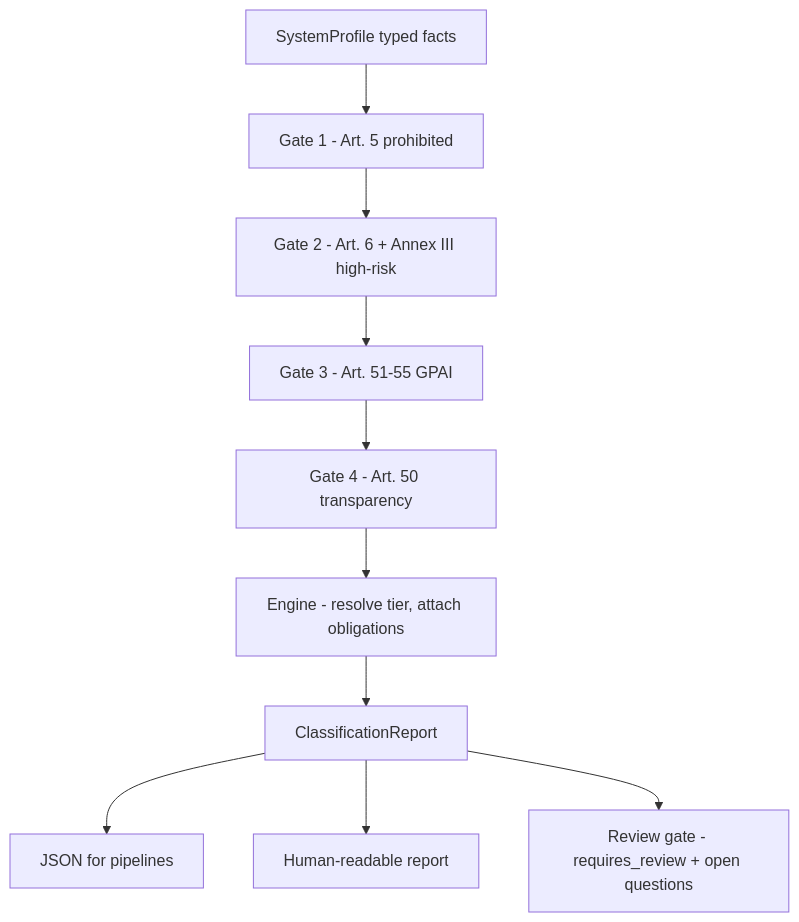
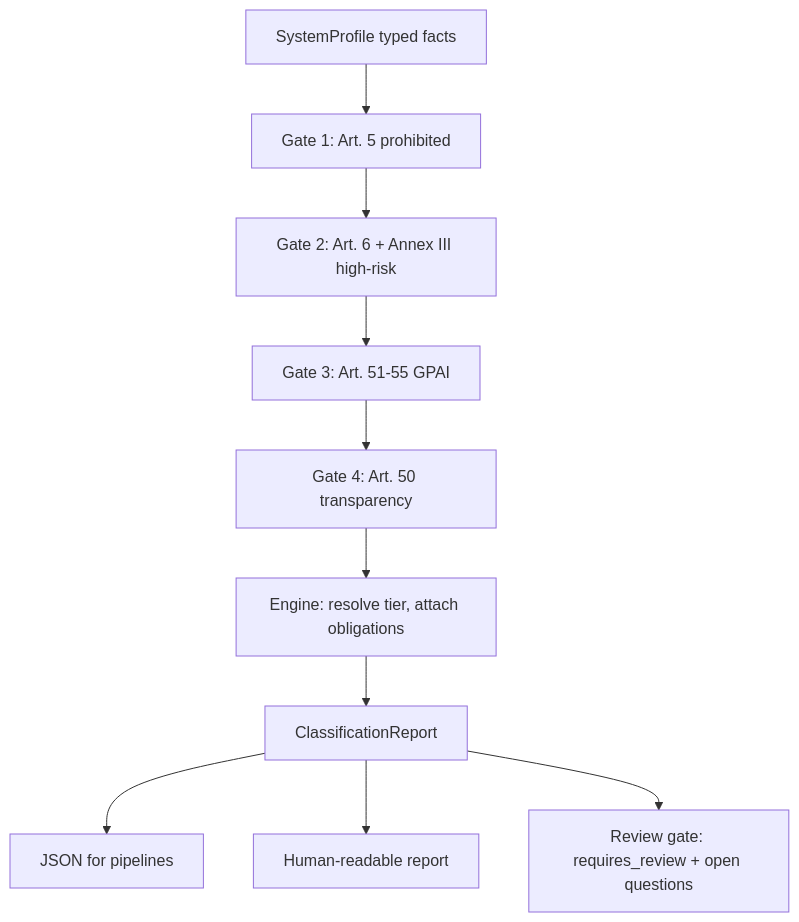
The diagram in README.md (sebastianfoerste/eu-ai-act-classifier), drawn with Mermaid before and after one commit. The commit also changed other lines of this file, not shown here.

Commit message:
Translate review gate label

````diff
--- a/README.md
+++ b/README.md
@@ -34,12 +33,12 @@
 ```mermaid
 flowchart TD
-  A[SystemProfile  typed facts] --> P[Gate 1 - Art. 5 prohibited]
-  P --> H[Gate 2 - Art. 6 + Annex III high-risk]
-  H --> G[Gate 3 - Art. 51-55 GPAI]
-  G --> T[Gate 4 - Art. 50 transparency]
-  T --> E[Engine - resolve tier, attach obligations]
+  A[SystemProfile typed facts] --> P[Gate 1: Art. 5 prohibited]
+  P --> H[Gate 2: Art. 6 + Annex III high-risk]
+  H --> G[Gate 3: Art. 51-55 GPAI]
+  G --> T[Gate 4: Art. 50 transparency]
+  T --> E[Engine: resolve tier, attach obligations]
   E --> R[ClassificationReport]
   R --> J[JSON for pipelines]
   R --> M[Human-readable report]
-  R --> Q[Review gate - requires_review + open questions]
+  R --> Q[Review gate: requires_review + open questions]
 ```
````
